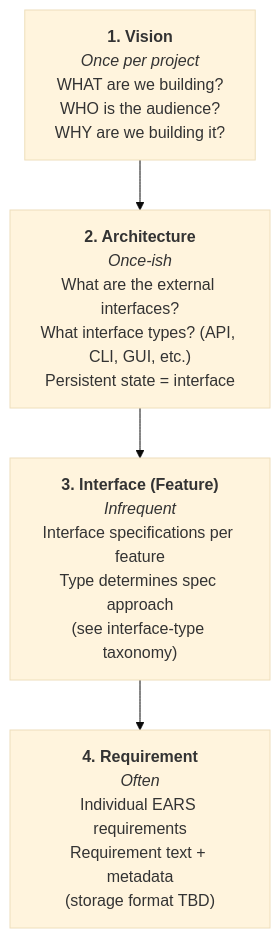
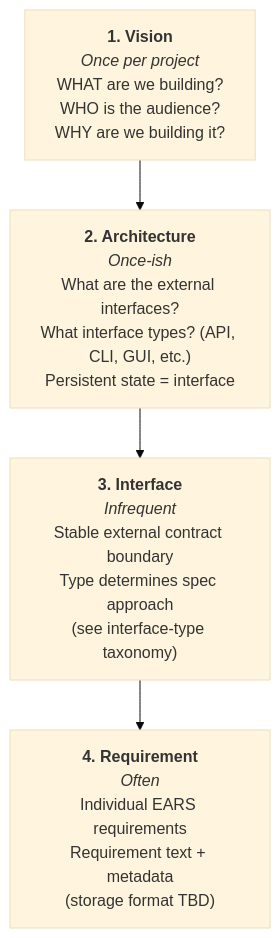
The second of 10 diagrams in docs/architecture/user-interaction-flow.md (JohnStrunk/ProtoBot), drawn with Mermaid (base theme) before and after one commit. The commit also changed other lines of this file and 4 other files, not shown here.

Commit message:
Revise architecture from PR feedback

````diff
--- a/docs/architecture/user-interaction-flow.md
+++ b/docs/architecture/user-interaction-flow.md
@@ -71,9 +83,9 @@
 ```mermaid
 flowchart TB
     V["<b>1. Vision</b><br/><i>Once per project</i><br/>WHAT are we building?<br/>WHO is the audience?<br/>WHY are we building it?"]
     Ar["<b>2. Architecture</b><br/><i>Once-ish</i><br/>What are the external interfaces?<br/>What interface types? (API, CLI, GUI, etc.)<br/>Persistent state = interface"]
-    If["<b>3. Interface (Feature)</b><br/><i>Infrequent</i><br/>Interface specifications per feature<br/>Type determines spec approach<br/>(see interface-type taxonomy)"]
+    If["<b>3. Interface</b><br/><i>Infrequent</i><br/>Stable external contract boundary<br/>Type determines spec approach<br/>(see interface-type taxonomy)"]
     Rq["<b>4. Requirement</b><br/><i>Often</i><br/>Individual EARS requirements<br/>Requirement text + metadata<br/>(storage format TBD)"]
 
     V --> Ar --> If --> Rq
 ```
````
